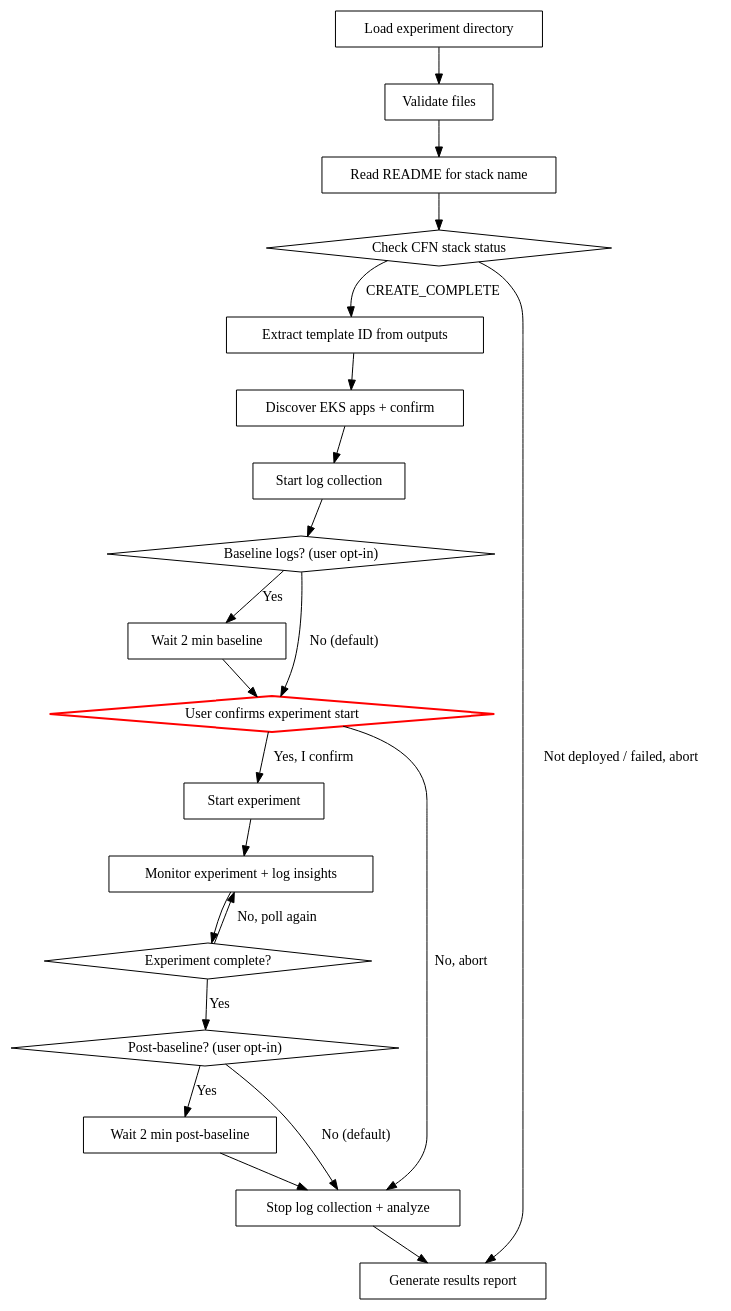
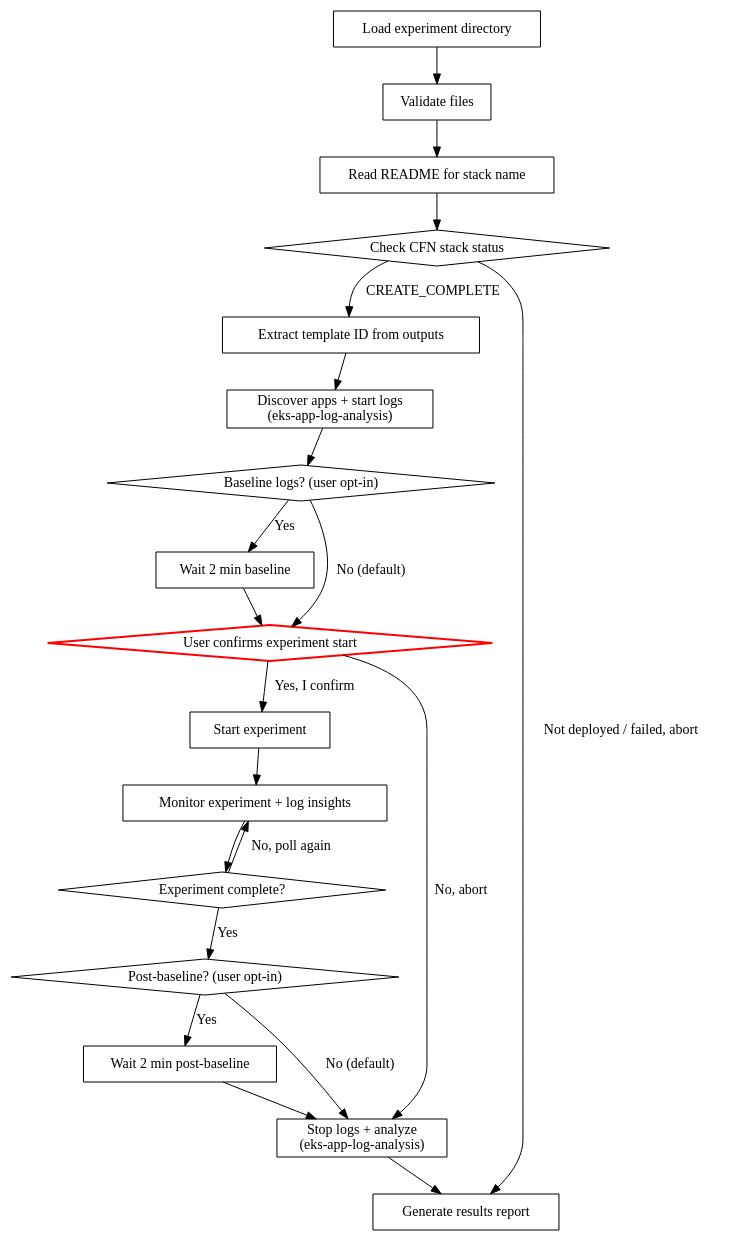
The diagram in aws-fis-experiment-execute/SKILL.md (panlm/skills), drawn with Graphviz before and after one commit. The commit also changed other lines of this file and 2 other files, not shown here.

First line of the commit message:
refactor: execute skill references eks-app-log-analysis instead of duplicating log logic

````diff
--- a/aws-fis-experiment-execute/SKILL.md
+++ b/aws-fis-experiment-execute/SKILL.md
@@ -38,43 +38,41 @@
 ```dot
 digraph execute_flow {
     "Load experiment directory" [shape=box];
     "Validate files" [shape=box];
     "Read README for stack name" [shape=box];
     "Check CFN stack status" [shape=diamond];
     "Extract template ID from outputs" [shape=box];
-    "Discover EKS apps + confirm" [shape=box];
-    "Start log collection" [shape=box];
+    "Discover apps + start logs\n(eks-app-log-analysis)" [shape=box];
     "Baseline logs? (user opt-in)" [shape=diamond];
     "Wait 2 min baseline" [shape=box];
     "User confirms experiment start" [shape=diamond, style=bold, color=red];
     "Start experiment" [shape=box];
     "Monitor experiment + log insights" [shape=box];
     "Experiment complete?" [shape=diamond];
     "Post-baseline? (user opt-in)" [shape=diamond];
     "Wait 2 min post-baseline" [shape=box];
-    "Stop log collection + analyze" [shape=box];
+    "Stop logs + analyze\n(eks-app-log-analysis)" [shape=box];
     "Generate results report" [shape=box];
 
     "Load experiment directory" -> "Validate files";
     "Validate files" -> "Read README for stack name";
     "Read README for stack name" -> "Check CFN stack status";
     "Check CFN stack status" -> "Extract template ID from outputs" [label="CREATE_COMPLETE"];
     "Check CFN stack status" -> "Generate results report" [label="Not deployed / failed, abort"];
-    "Extract template ID from outputs" -> "Discover EKS apps + confirm";
-    "Discover EKS apps + confirm" -> "Start log collection";
-    "Start log collection" -> "Baseline logs? (user opt-in)";
+    "Extract template ID from outputs" -> "Discover apps + start logs\n(eks-app-log-analysis)";
+    "Discover apps + start logs\n(eks-app-log-analysis)" -> "Baseline logs? (user opt-in)";
     "Baseline logs? (user opt-in)" -> "Wait 2 min baseline" [label="Yes"];
     "Baseline logs? (user opt-in)" -> "User confirms experiment start" [label="No (default)"];
     "Wait 2 min baseline" -> "User confirms experiment start";
     "User confirms experiment start" -> "Start experiment" [label="Yes, I confirm"];
-    "User confirms experiment start" -> "Stop log collection + analyze" [label="No, abort"];
+    "User confirms experiment start" -> "Stop logs + analyze\n(eks-app-log-analysis)" [label="No, abort"];
     "Start experiment" -> "Monitor experiment + log insights";
     "Monitor experiment + log insights" -> "Experiment complete?";
     "Experiment complete?" -> "Monitor experiment + log insights" [label="No, poll again"];
     "Experiment complete?" -> "Post-baseline? (user opt-in)" [label="Yes"];
     "Post-baseline? (user opt-in)" -> "Wait 2 min post-baseline" [label="Yes"];
-    "Post-baseline? (user opt-in)" -> "Stop log collection + analyze" [label="No (default)"];
-    "Wait 2 min post-baseline" -> "Stop log collection + analyze";
-    "Stop log collection + analyze" -> "Generate results report";
+    "Post-baseline? (user opt-in)" -> "Stop logs + analyze\n(eks-app-log-analysis)" [label="No (default)"];
+    "Wait 2 min post-baseline" -> "Stop logs + analyze\n(eks-app-log-analysis)";
+    "Stop logs + analyze\n(eks-app-log-analysis)" -> "Generate results report";
 }
 ```
````
